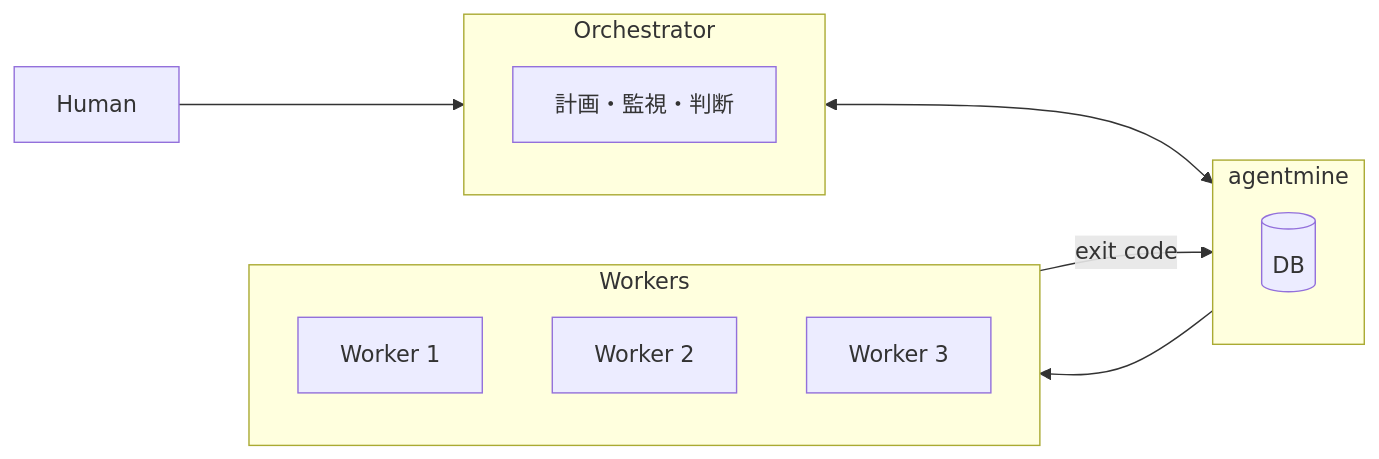
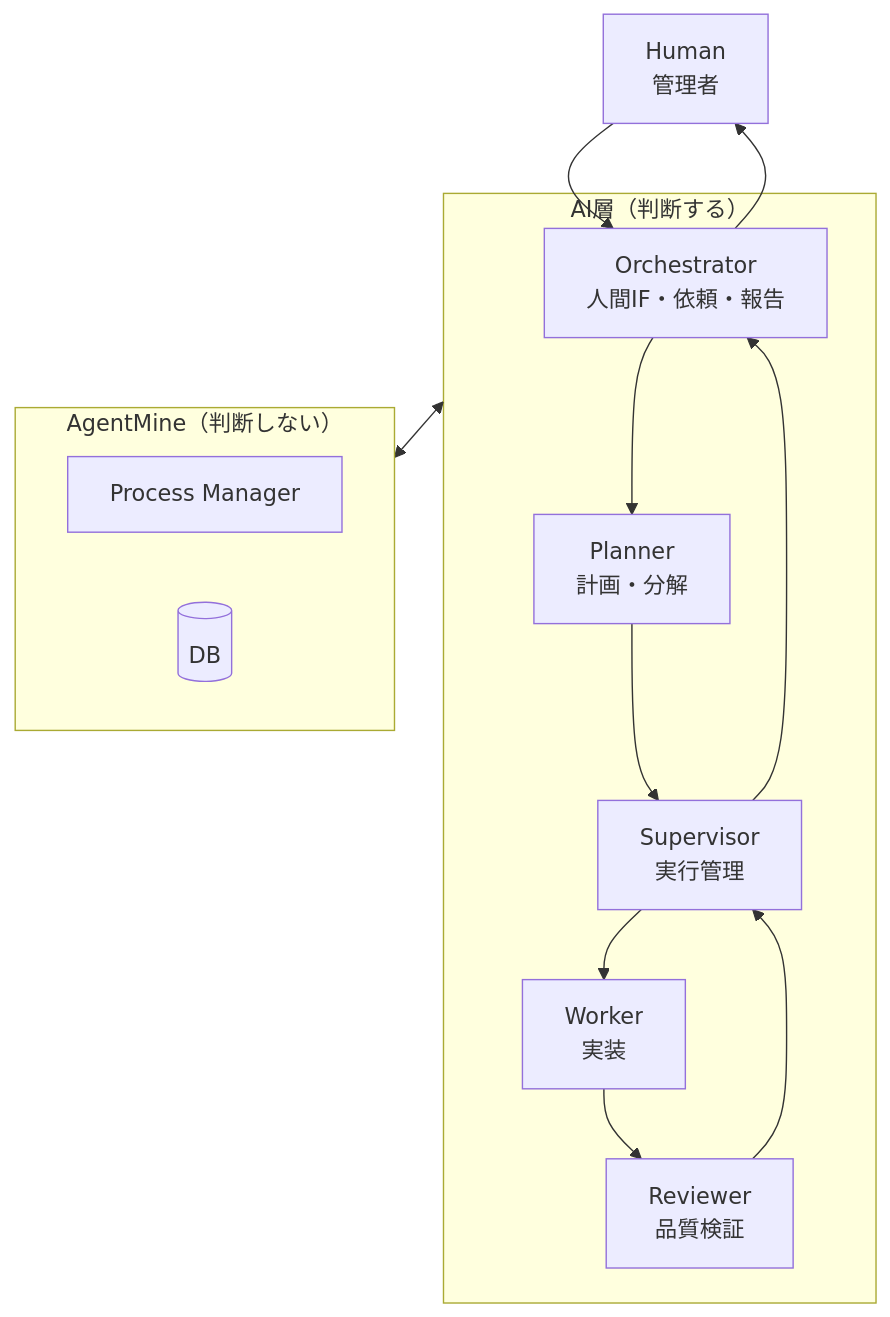
One commit to krtw00/agentmine changed the first of 2 diagrams in docs/03-core-concepts/orchestrator-worker.md. Above: the diagram before and after it, drawn with Mermaid. The commit also changed other lines of this file and 7 other files, not shown here.

````diff
--- a/docs/03-core-concepts/orchestrator-worker.md
+++ b/docs/03-core-concepts/orchestrator-worker.md
@@ -18,22 +20,28 @@
 ```mermaid
-flowchart LR
-    Human[Human] --> Orchestrator
+flowchart TB
+    Human[Human<br/>管理者]
 
-    subgraph Orchestrator["Orchestrator"]
-        O1[計画・監視・判断]
+    subgraph AI層["AI層（判断する）"]
+        Orchestrator[Orchestrator<br/>人間IF・依頼・報告]
+        Planner[Planner<br/>計画・分解]
+        Supervisor[Supervisor<br/>実行管理]
+        Worker[Worker<br/>実装]
+        Reviewer[Reviewer<br/>品質検証]
     end
 
-    subgraph AgentMine["agentmine"]
+    subgraph AgentMine["AgentMine（判断しない）"]
+        PM[Process Manager]
         DB[(DB)]
     end
 
-    subgraph Workers["Workers"]
-        W1[Worker 1]
-        W2[Worker 2]
-        W3[Worker 3]
-    end
+    Human --> Orchestrator
+    Orchestrator --> Planner
+    Planner --> Supervisor
+    Supervisor --> Worker
+    Worker --> Reviewer
+    Reviewer --> Supervisor
+    Supervisor --> Orchestrator
+    Orchestrator --> Human
 
-    Orchestrator <--> AgentMine
-    AgentMine --> Workers
-    Workers -->|exit code| AgentMine
+    AI層 <--> AgentMine
 ```
````
